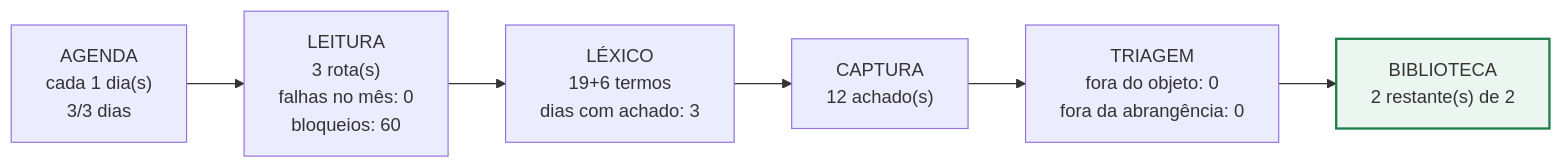
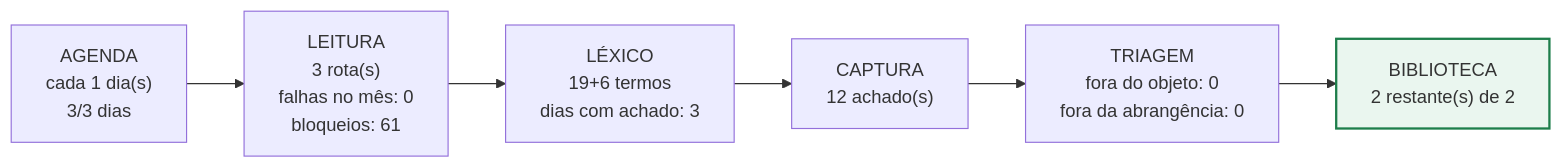
The fifth of 30 diagrams in biblioteca_alexandria/pareceres/RELATORIO-MOTORES-INDIVIDUAL-2026-09-24.md (amcjardimamerica-arch/Eldorado), drawn with Mermaid before and after one commit. The commit also changed other lines of this file and 10 other files, not shown here.

````diff
--- a/biblioteca_alexandria/pareceres/RELATORIO-MOTORES-INDIVIDUAL-2026-09-24.md
+++ b/biblioteca_alexandria/pareceres/RELATORIO-MOTORES-INDIVIDUAL-2026-09-24.md
@@ -221,11 +221,11 @@
 ```mermaid
 flowchart LR
   A["AGENDA<br/>cada 1 dia(s)<br/>3/3 dias"]
-  L["LEITURA<br/>3 rota(s)<br/>falhas no mês: 0<br/>bloqueios: 60"]
+  L["LEITURA<br/>3 rota(s)<br/>falhas no mês: 0<br/>bloqueios: 61"]
   X["LÉXICO<br/>19+6 termos<br/>dias com achado: 3"]
   C["CAPTURA<br/>12 achado(s)"]
   T["TRIAGEM<br/>fora do objeto: 0<br/>fora da abrangência: 0"]
   B["BIBLIOTECA<br/>2 restante(s) de 2"]
   A --> L --> X --> C --> T --> B
   style B fill:#EAF6EF,stroke:#1E7E4B,stroke-width:2px
 ```
````
